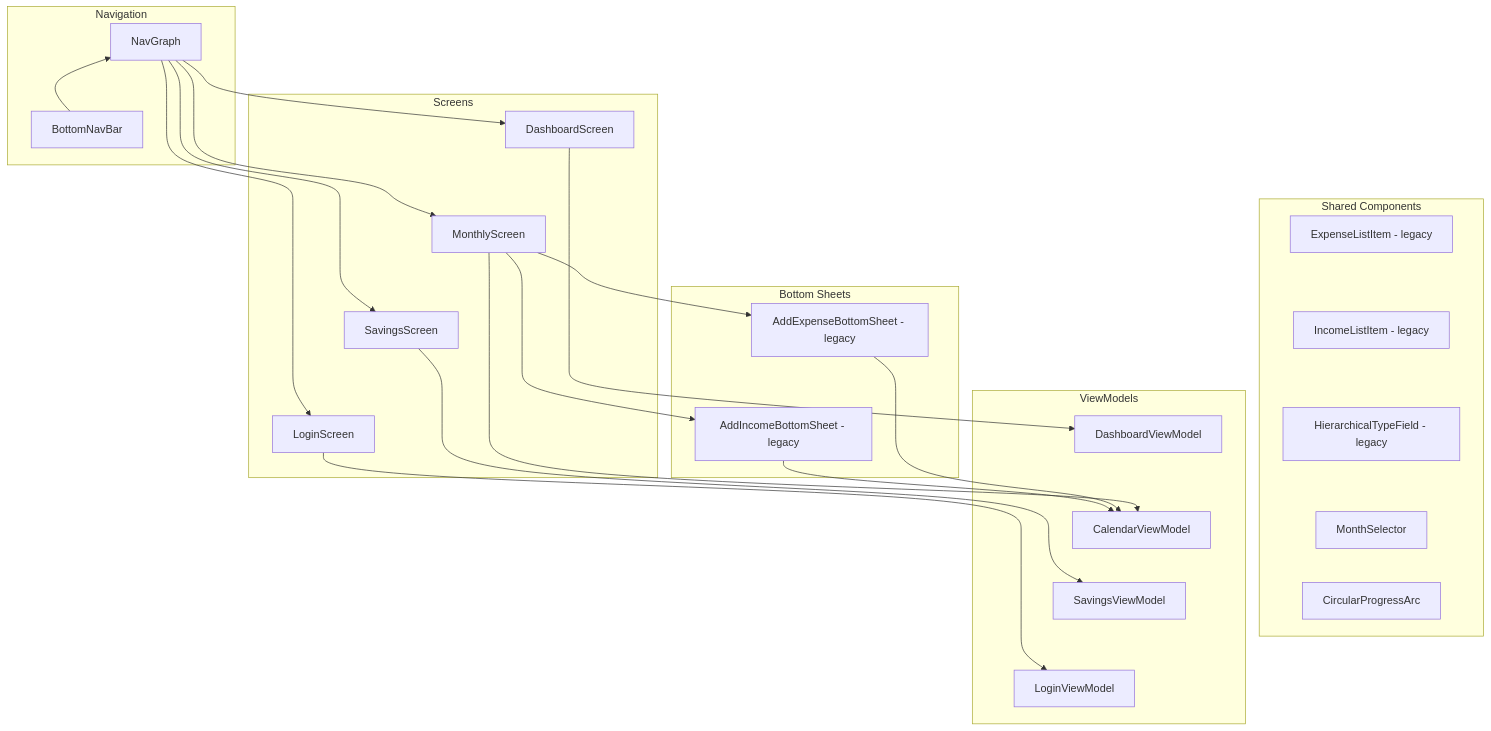
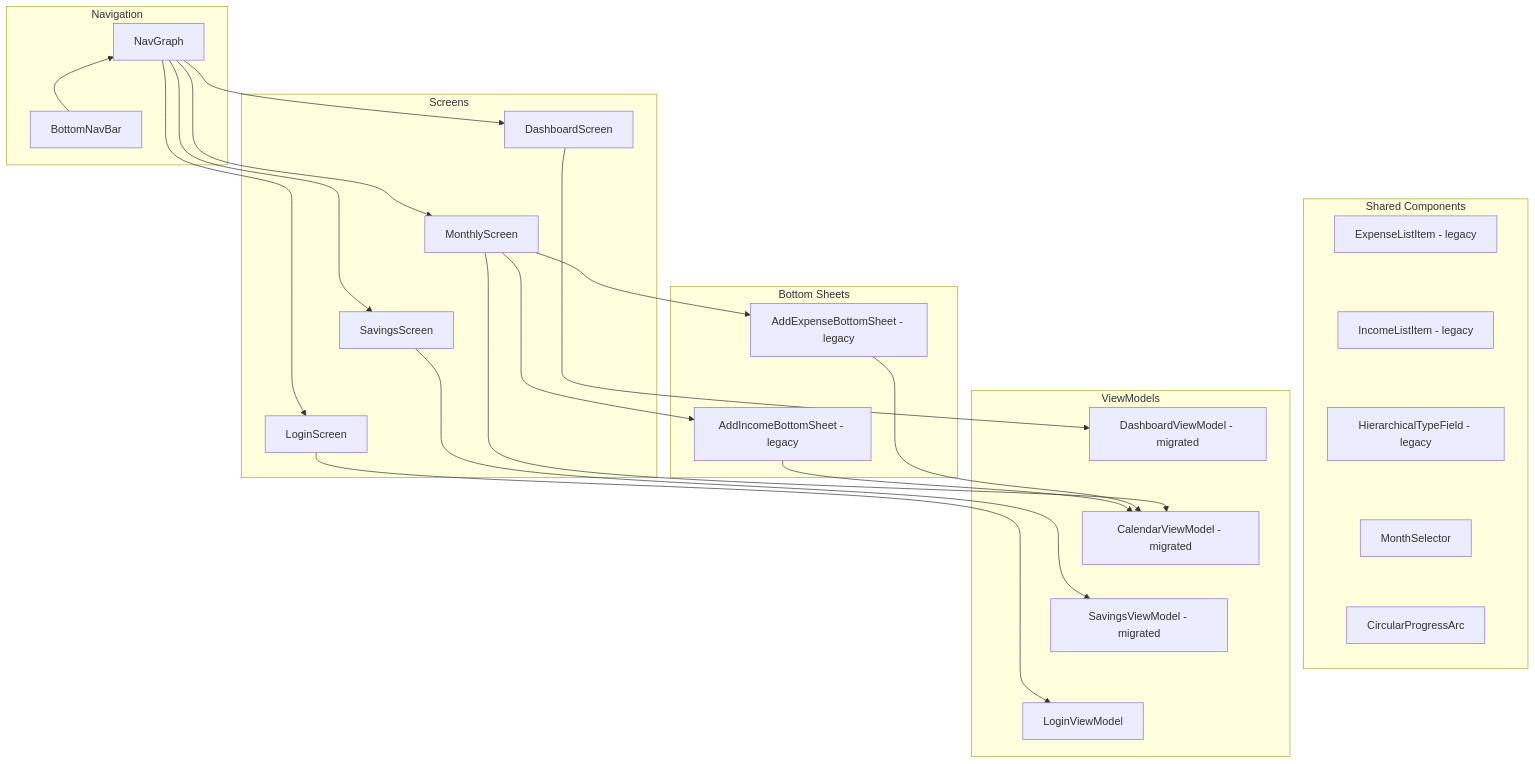
Before and after one commit to JFfarrell/financesApp: the diagram in docs/architecture/04_ui.md, drawn with Mermaid. The commit also changed 4 other files, not shown here.

Commit message:
Phase 3 (View Model) refactored

````diff
--- a/docs/architecture/04_ui.md
+++ b/docs/architecture/04_ui.md
@@ -5,53 +5,53 @@
 ```mermaid
 graph TD
 
     subgraph Navigation["Navigation"]
         NG["NavGraph"]
         NG ~~~ BNB["BottomNavBar"]
     end
 
     subgraph Screens["Screens"]
         DS["DashboardScreen"]
         DS ~~~ MS["MonthlyScreen"]
         MS ~~~ SS["SavingsScreen"]
         SS ~~~ LS["LoginScreen"]
     end
 
     subgraph Sheets["Bottom Sheets"]
         AE["AddExpenseBottomSheet - legacy"]
         AE ~~~ AI["AddIncomeBottomSheet - legacy"]
     end
 
     subgraph Components["Shared Components"]
         ELI["ExpenseListItem - legacy"]
         ELI ~~~ ILI["IncomeListItem - legacy"]
         ILI ~~~ HTF["HierarchicalTypeField - legacy"]
         HTF ~~~ MS2["MonthSelector"]
         MS2 ~~~ CPA["CircularProgressArc"]
     end
 
     subgraph ViewModels["ViewModels"]
-        DVM["DashboardViewModel"]
-        DVM ~~~ CVM["CalendarViewModel"]
-        CVM ~~~ SVM["SavingsViewModel"]
+        DVM["DashboardViewModel - migrated"]
+        DVM ~~~ CVM["CalendarViewModel - migrated"]
+        CVM ~~~ SVM["SavingsViewModel - migrated"]
         SVM ~~~ LVM["LoginViewModel"]
     end
 
     BNB --> NG
     NG --> DS
     NG --> MS
     NG --> SS
     NG --> LS
 
     DS --> DVM
     MS --> CVM
     SS --> SVM
     LS --> LVM
 
     MS --> AE
     MS --> AI
     AE --> CVM
     AI --> CVM
 
     DS ~~~ ELI
 ```
````
